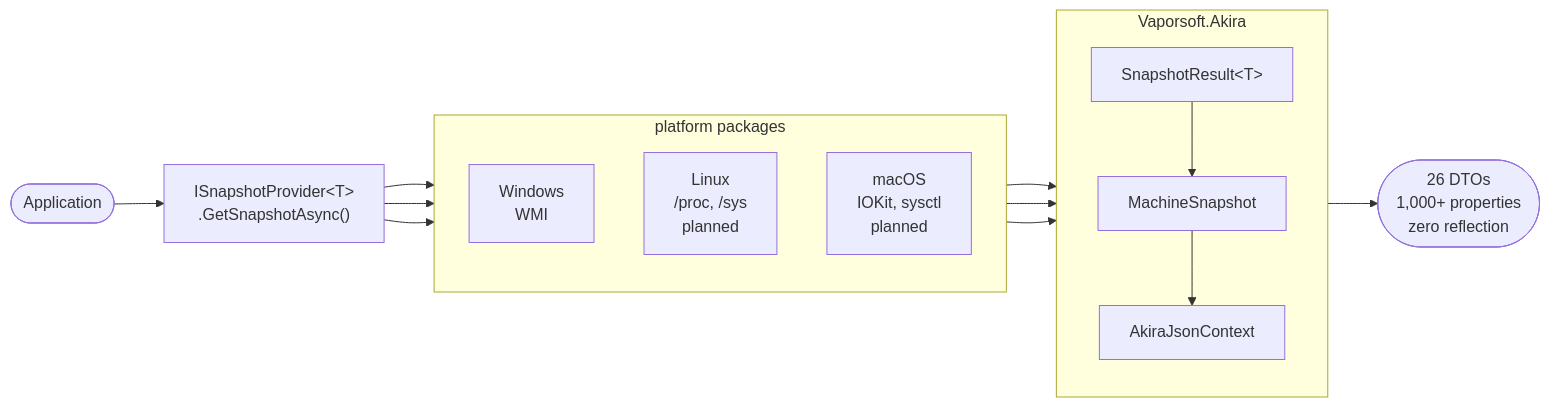
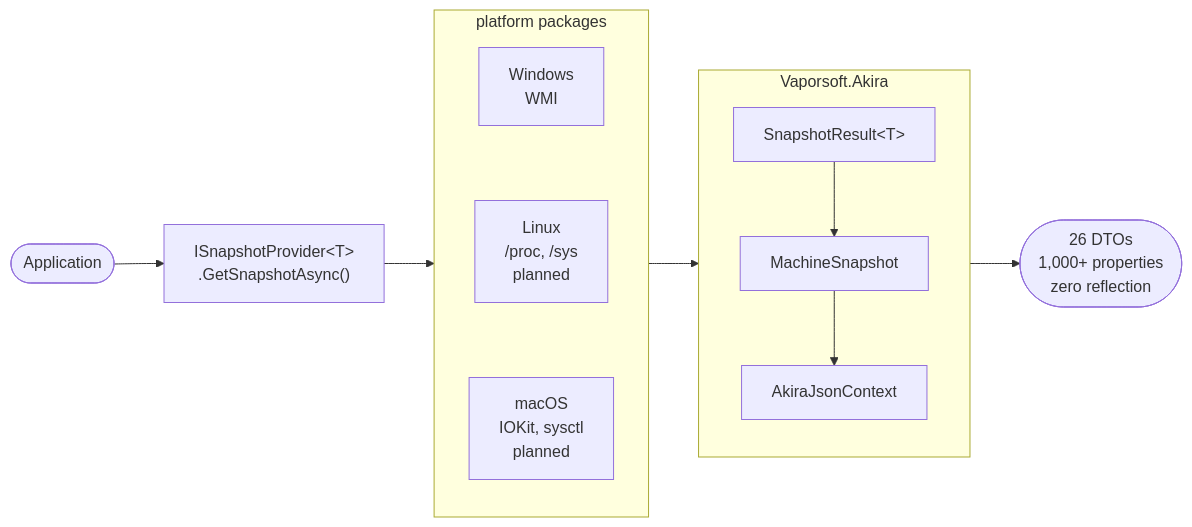
The diagram in docs/diagrams/data-flow.mmd (corderro-artz/akira), drawn with Mermaid before and after one commit. The commit also changed 7 other files, not shown here.

First line of the commit message:
docs: render the diagrams on the brand palette, and give them a generator

```diff
--- a/docs/diagrams/data-flow.mmd
+++ b/docs/diagrams/data-flow.mmd
@@ -1,26 +1,27 @@
 flowchart LR
     APP(["Application"])
     API["ISnapshotProvider&lt;T&gt;<br/>.GetSnapshotAsync()"]
 
     subgraph PLATFORM ["platform packages"]
         direction TB
         WIN["Windows<br/>WMI"]
         LIN["Linux<br/>/proc, /sys<br/>planned"]
         MAC["macOS<br/>IOKit, sysctl<br/>planned"]
+        %% The three providers are parallel, not sequential, so there is no edge
+        %% to order them and `direction TB` has nothing to act on — they land in
+        %% a row and widen the graph. `~~~` is an invisible link: it stacks them
+        %% without drawing a relationship that does not exist.
+        WIN ~~~ LIN ~~~ MAC
     end
 
     subgraph CORE ["Vaporsoft.Akira"]
         direction TB
         RES["SnapshotResult&lt;T&gt;"]
         SNAP["MachineSnapshot"]
         CTX["AkiraJsonContext"]
         RES --> SNAP --> CTX
     end
 
     OUT(["26 DTOs<br/>1,000+ properties<br/>zero reflection"])
 
-    APP --> API
-    API --> WIN --> RES
-    API --> LIN --> RES
-    API --> MAC --> RES
-    CTX --> OUT
+    APP --> API --> PLATFORM --> CORE --> OUT
```
